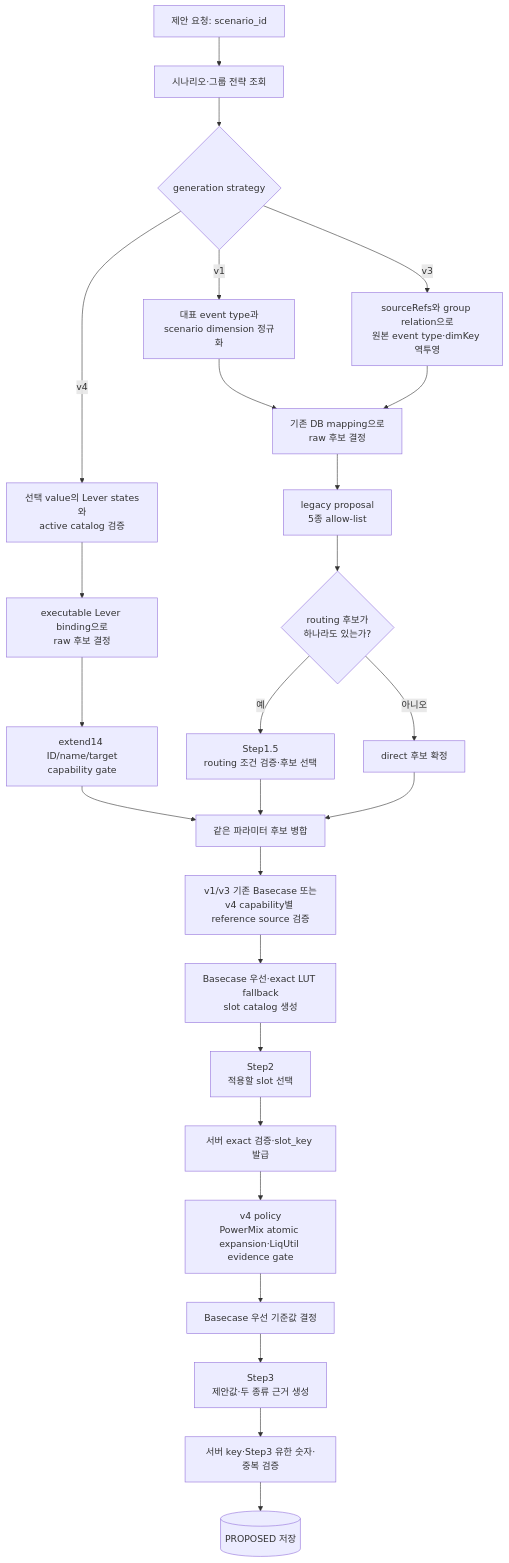
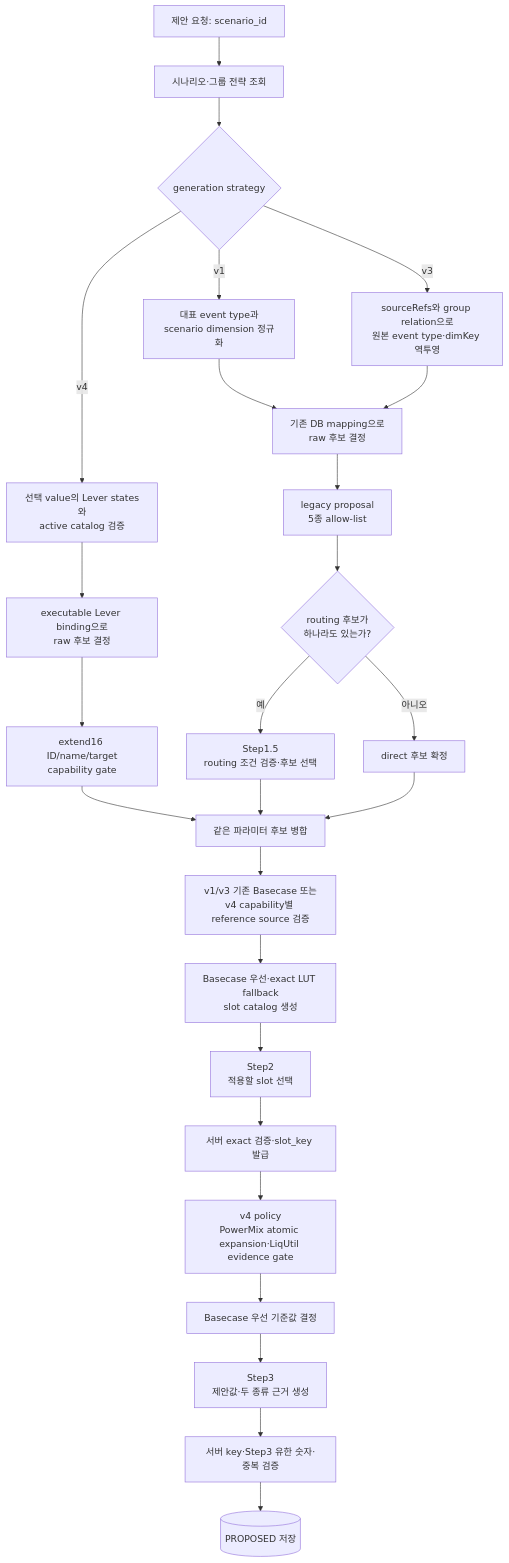
One commit to enkhbaatarL/skmip-mi-agent changed the first of 4 diagrams in docs/agents/model_parameter_agent/04_MODEL_PARAMETER_AGENT_FLOW.md. Above: the diagram before and after it, drawn with Mermaid. The commit also changed other lines of this file and 25 other files, not shown here.

````diff
--- a/docs/agents/model_parameter_agent/04_MODEL_PARAMETER_AGENT_FLOW.md
+++ b/docs/agents/model_parameter_agent/04_MODEL_PARAMETER_AGENT_FLOW.md
@@ -48,28 +48,28 @@
 ```mermaid
 flowchart TD
     A[제안 요청: scenario_id] --> B[시나리오·그룹 전략 조회]
     B --> V{generation strategy}
     V -- v1 --> C1[대표 event type과\nscenario dimension 정규화]
     V -- v3 --> C2[sourceRefs와 group relation으로\n원본 event type·dimKey 역투영]
     V -- v4 --> C3[선택 value의 Lever states와\nactive catalog 검증]
     C1 --> C[기존 DB mapping으로\nraw 후보 결정]
     C2 --> C
     C3 --> C4[executable Lever binding으로\nraw 후보 결정]
     C --> R1[legacy proposal\n5종 allow-list]
-    C4 --> R4[extend14 ID/name/target\ncapability gate]
+    C4 --> R4[extend16 ID/name/target\ncapability gate]
     R1 --> D{routing 후보가<br/>하나라도 있는가?}
     R4 --> G
     D -- 예 --> E[Step1.5<br/>routing 조건 검증·후보 선택]
     D -- 아니오 --> F[direct 후보 확정]
     E --> G[같은 파라미터 후보 병합]
     F --> G
     G --> H[v1/v3 기존 Basecase 또는<br/>v4 capability별 reference source 검증]
     H --> H2[Basecase 우선·exact LUT fallback<br/>slot catalog 생성]
     H2 --> I[Step2<br/>적용할 slot 선택]
     I --> J[서버 exact 검증·slot_key 발급]
     J --> P[v4 policy<br/>PowerMix atomic expansion·LiqUtil evidence gate]
     P --> K[Basecase 우선 기준값 결정]
     K --> L[Step3<br/>제안값·두 종류 근거 생성]
     L --> M[서버 key·Step3 유한 숫자·중복 검증]
     M --> N[(PROPOSED 저장)]
 ```
````
